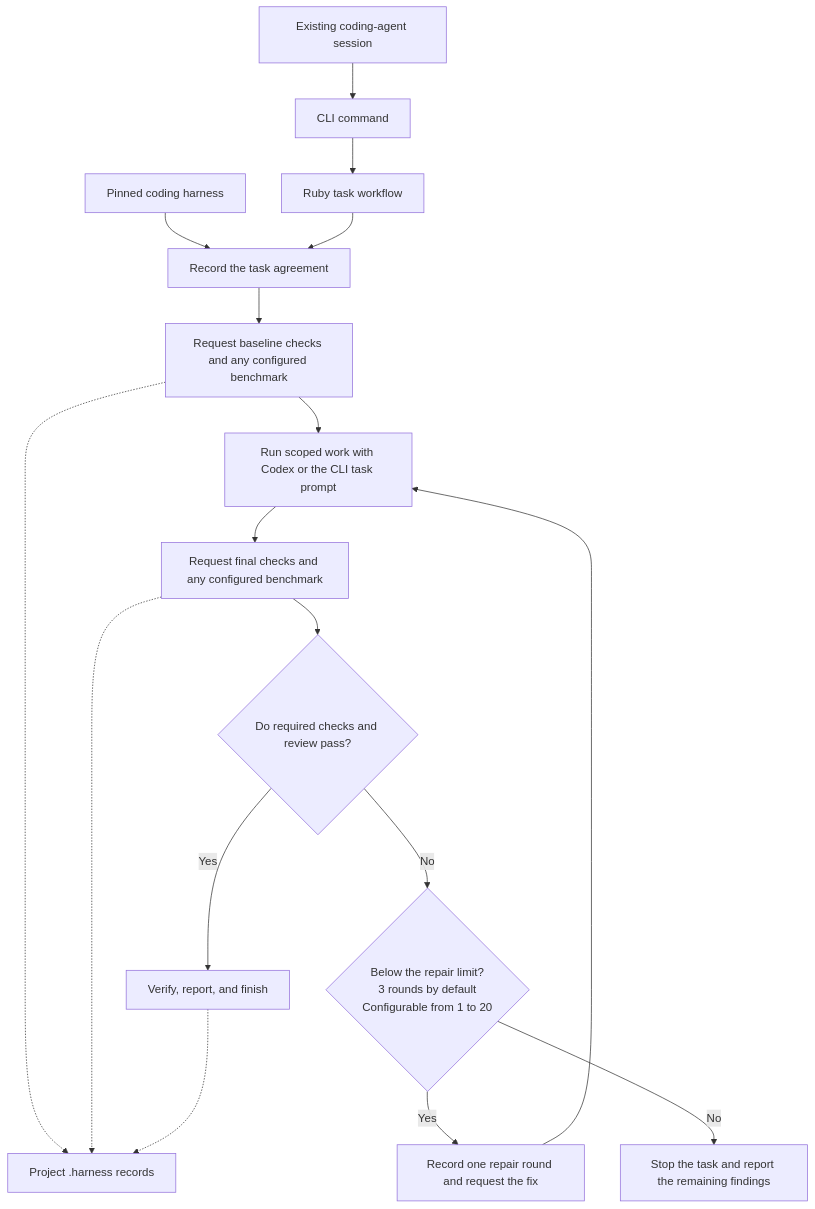
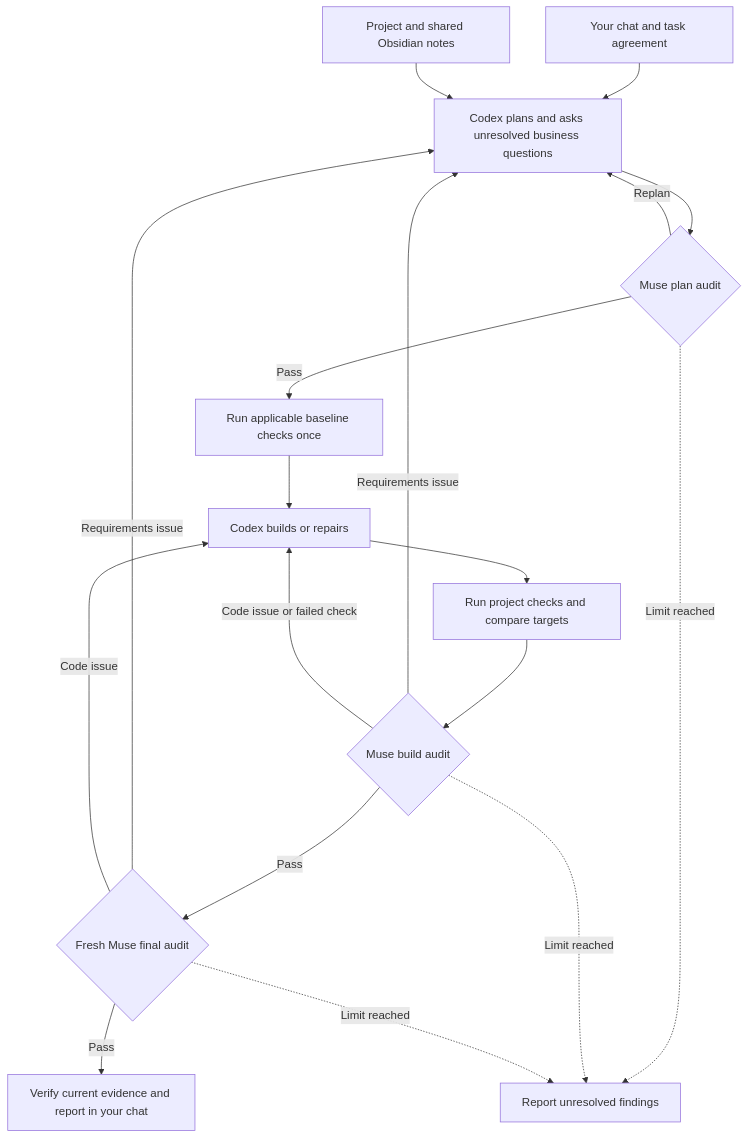
The diagram in README.md (joshrice171723-creator/workbench), drawn with Mermaid before and after one commit. The commit also changed other lines of this file and 13 other files, not shown here.

Commit message:
Add audited Codex and Muse workflows and a bounded assessment replay

````diff
--- a/README.md
+++ b/README.md
@@ -12,19 +14,20 @@
 ```mermaid
 flowchart TD
-    CLI["CLI command"] --> Workflow["Ruby task workflow"]
-    Chat["Existing coding-agent session"] --> CLI
-    Engine["Pinned coding harness"] --> Agreement["Record the task agreement"]
-    Workflow --> Agreement
-    Agreement --> Baseline["Request baseline checks and any configured benchmark"]
-    Baseline --> Work["Run scoped work with Codex or the CLI task prompt"]
-    Work --> Final["Request final checks and any configured benchmark"]
-    Final --> Review{"Do required checks and review pass?"}
-    Review -->|Yes| Finish["Verify, report, and finish"]
-    Review -->|No| Limit{"Below the repair limit?<br/>3 rounds by default<br/>Configurable from 1 to 20"}
-    Limit -->|Yes| Repair["Record one repair round and request the fix"]
-    Repair --> Work
-    Limit -->|No| Stop["Stop the task and report the remaining findings"]
-    Baseline -.-> Records["Project .harness records"]
-    Final -.-> Records
-    Finish -.-> Records
+    Chat["Your chat and task agreement"] --> Plan["Codex plans and asks unresolved business questions"]
+    Vault["Project and shared Obsidian notes"] --> Plan
+    Plan --> P{"Muse plan audit"}
+    P -->|Replan| Plan
+    P -->|Pass| Base["Run applicable baseline checks once"]
+    Base --> Build["Codex builds or repairs"]
+    Build --> Check["Run project checks and compare targets"]
+    Check --> B{"Muse build audit"}
+    B -->|Requirements issue| Plan
+    B -->|Code issue or failed check| Build
+    B -->|Pass| F{"Fresh Muse final audit"}
+    F -->|Requirements issue| Plan
+    F -->|Code issue| Build
+    F -->|Pass| Report["Verify current evidence and report in your chat"]
+    P -.->|Limit reached| Stop["Report unresolved findings"]
+    B -.->|Limit reached| Stop
+    F -.->|Limit reached| Stop
 ```
````
